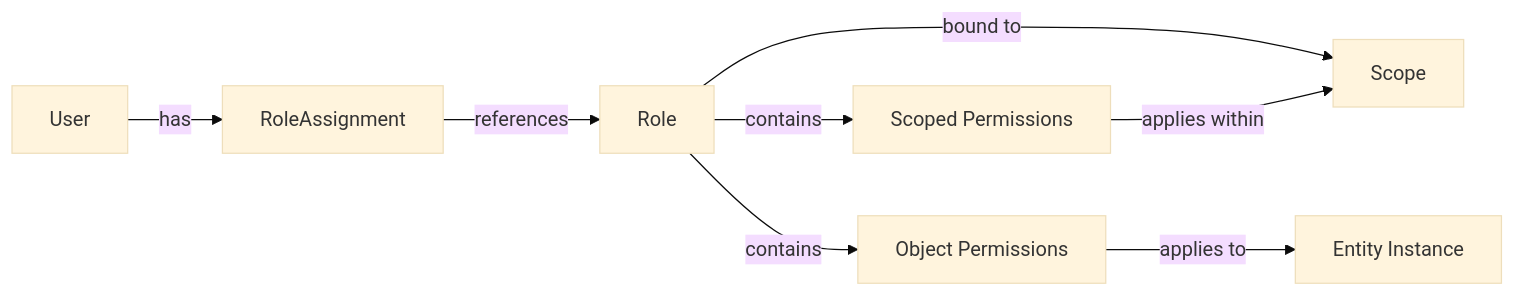
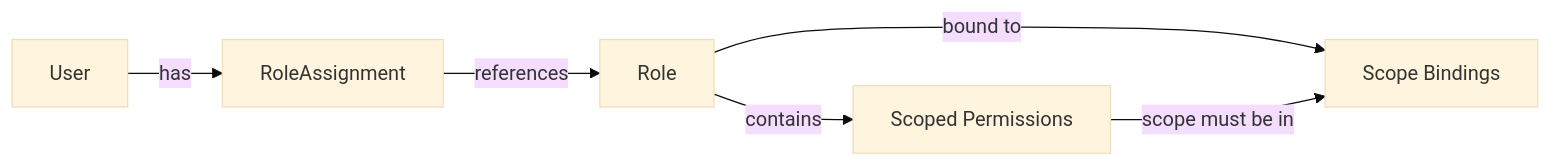
Before and after one commit to lablup/backend.ai: the first of 4 diagrams in proposals/BEP-1012-RBAC.md, drawn with Mermaid (base theme). The commit also changed other lines of this file and 4 other files, not shown here.

First line of the commit message:
docs: redesign RBAC role-scope binding and deprecate global scope

````diff
--- a/proposals/BEP-1012-RBAC.md
+++ b/proposals/BEP-1012-RBAC.md
@@ -184,10 +173,8 @@
 ```mermaid
 graph LR
     User -->|has| RoleAssignment
     RoleAssignment -->|references| Role
-    Role -->|bound to| Scope
+    Role -->|bound to| Scopes[Scope Bindings]
     Role -->|contains| ScopedPermission[Scoped Permissions]
-    Role -->|contains| ObjectPermission[Object Permissions]
-    ScopedPermission -->|applies within| Scope
-    ObjectPermission -->|applies to| EntityInstance[Entity Instance]
+    ScopedPermission -->|scope must be in| Scopes
 ```
````
